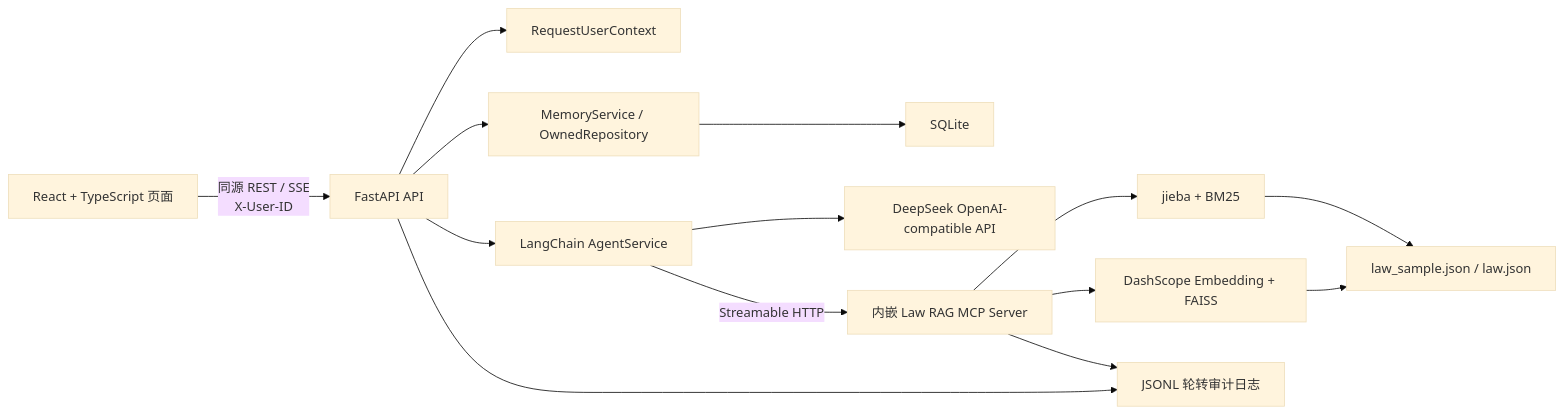
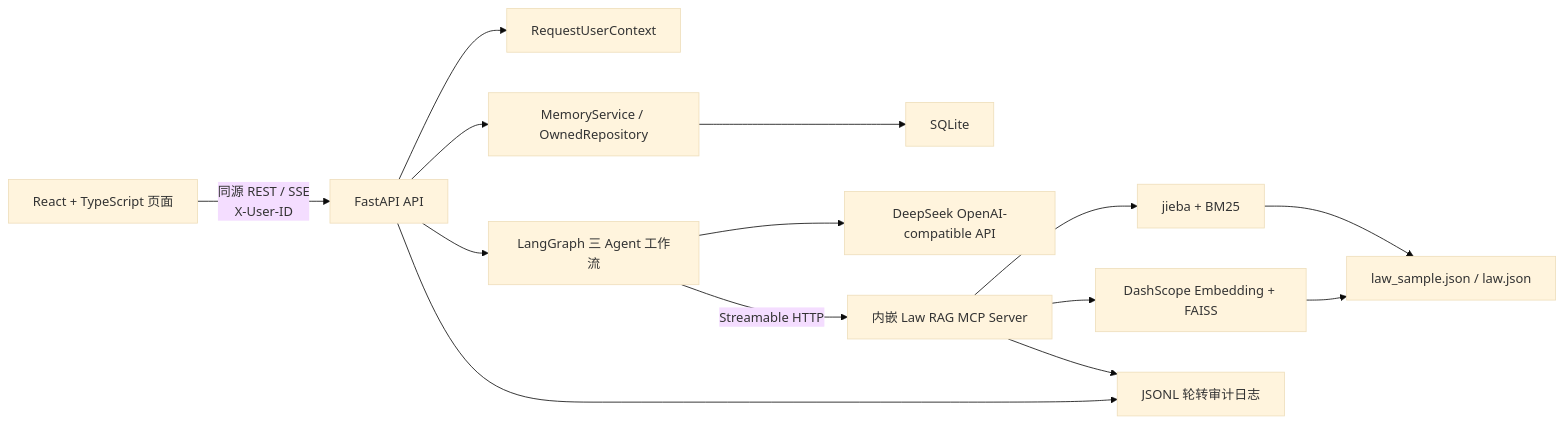
One commit to Vinn7/LawStation changed the diagram in ai-context/SPEC.md. Above: the diagram before and after it, drawn with Mermaid (base theme). The commit also changed other lines of this file and 16 other files, not shown here.

````diff
--- a/ai-context/SPEC.md
+++ b/ai-context/SPEC.md
@@ -38,16 +38,16 @@
 ```mermaid
 flowchart LR
     UI["React + TypeScript 页面"] -->|"同源 REST / SSE<br/>X-User-ID"| API["FastAPI API"]
     API --> CTX["RequestUserContext"]
     API --> MEM["MemoryService / OwnedRepository"]
-    API --> AGENT["LangChain AgentService"]
+    API --> AGENT["LangGraph 三 Agent 工作流"]
     MEM --> DB["SQLite"]
     AGENT --> LLM["DeepSeek OpenAI-compatible API"]
     AGENT -->|"Streamable HTTP"| MCP["内嵌 Law RAG MCP Server"]
     MCP --> BM25["jieba + BM25"]
     MCP --> DENSE["DashScope Embedding + FAISS"]
     BM25 --> LAW["law_sample.json / law.json"]
     DENSE --> LAW
     API --> LOG["JSONL 轮转审计日志"]
     MCP --> LOG
 ```
````
